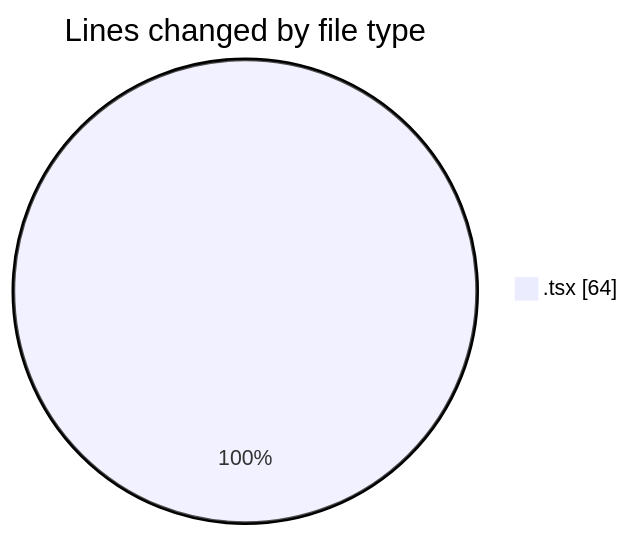
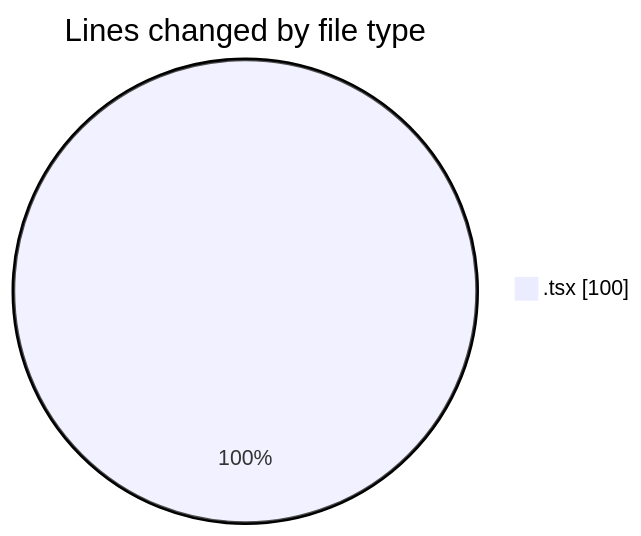
The first of 2 diagrams in 2025-02-13/cda/README.md (momahboobian/code-tracking), drawn with Mermaid before and after one commit. The commit also changed other lines of this file and 1 other file, not shown here.

````diff
--- a/2025-02-13/cda/README.md
+++ b/2025-02-13/cda/README.md
@@ -20,5 +21,5 @@
 ```mermaid
 pie showData
 title Lines changed by file type
-".tsx" : 64
+".tsx" : 100
 ```
````
